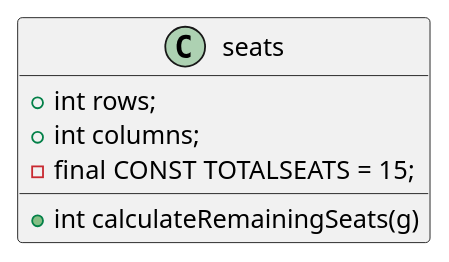
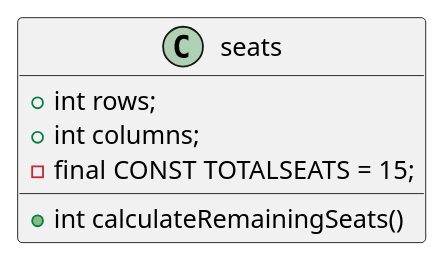
Before and after one commit to meenu-mathews/CinnamonCinemas: the diagram in Seats.puml, drawn with PlantUML. The commit also changed 3 other files, not shown here.

```diff
--- a/Seats.puml
+++ b/Seats.puml
@@ -1,11 +1,11 @@
 @startuml
 'https://plantuml.com/class-diagram
 class seats{
 + int rows;
 + int columns;
 - final CONST TOTALSEATS = 15;
 
-+int calculateRemainingSeats(g)
++int calculateRemainingSeats()
 }
 
 @enduml
```
